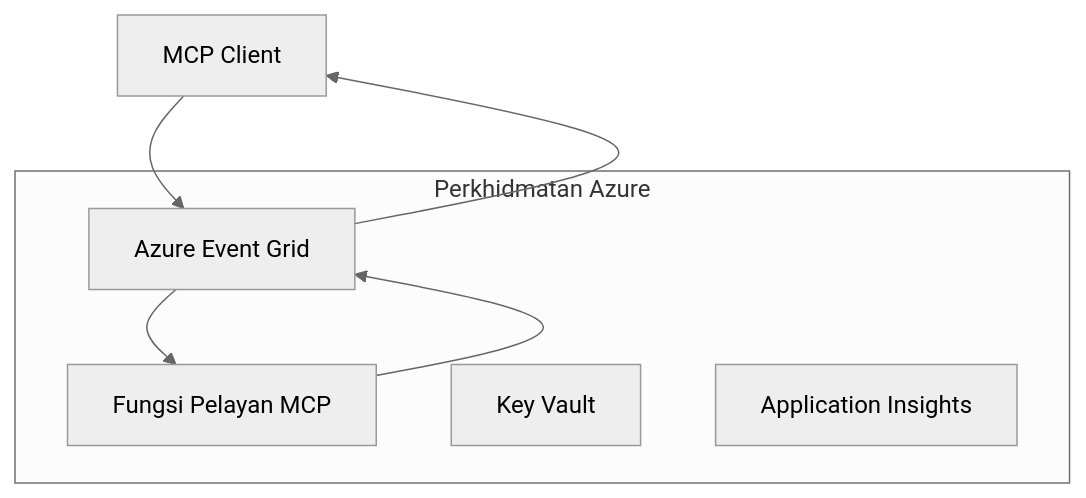
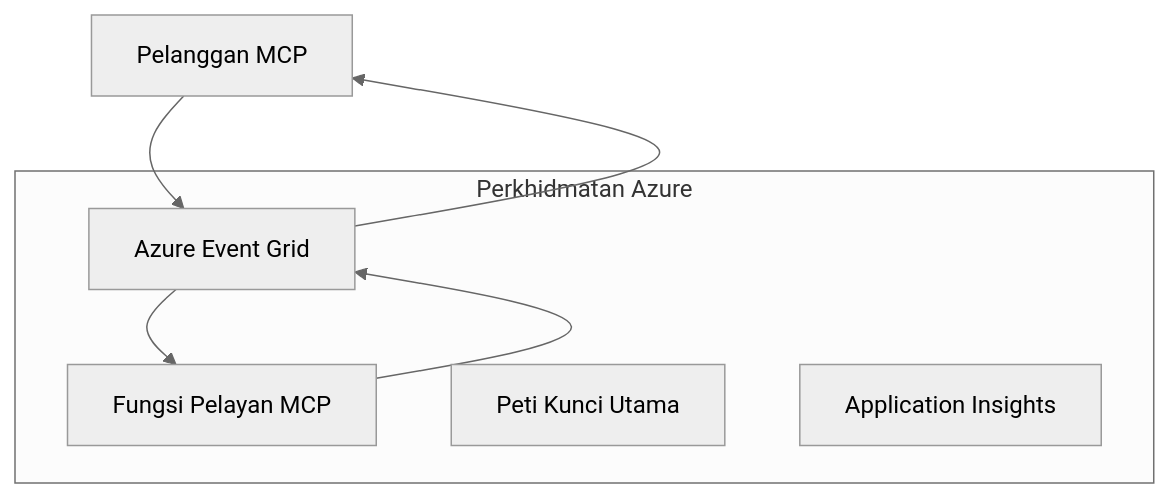
The first of 2 diagrams in mcp_ecosystem__model_context_protocol/mcp_learning_resources/mcp-for-beginners/translations/ms/05-AdvancedTopics/mcp-transport/README.md (HIDORAKAI002/ai-workspace-archive), drawn with Mermaid (neutral theme) before and after one commit. The commit also changed other lines of this file and 1046 other files, not shown here.

````diff
--- a/mcp_ecosystem__model_context_protocol/mcp_learning_resources/mcp-for-beginners/translations/ms/05-AdvancedTopics/mcp-transport/README.md
+++ b/mcp_ecosystem__model_context_protocol/mcp_learning_resources/mcp-for-beginners/translations/ms/05-AdvancedTopics/mcp-transport/README.md
@@ -58,14 +60,14 @@
 ```mermaid
 graph TB
-    Client[MCP Client] --> EG[Azure Event Grid]
+    Client[Pelanggan MCP] --> EG[Azure Event Grid]
     EG --> Server[Fungsi Pelayan MCP]
     Server --> EG
     EG --> Client
     
     subgraph "Perkhidmatan Azure"
         EG
         Server
-        KV[Key Vault]
+        KV[Peti Kunci Utama]
         Monitor[Application Insights]
     end
 ```
````
